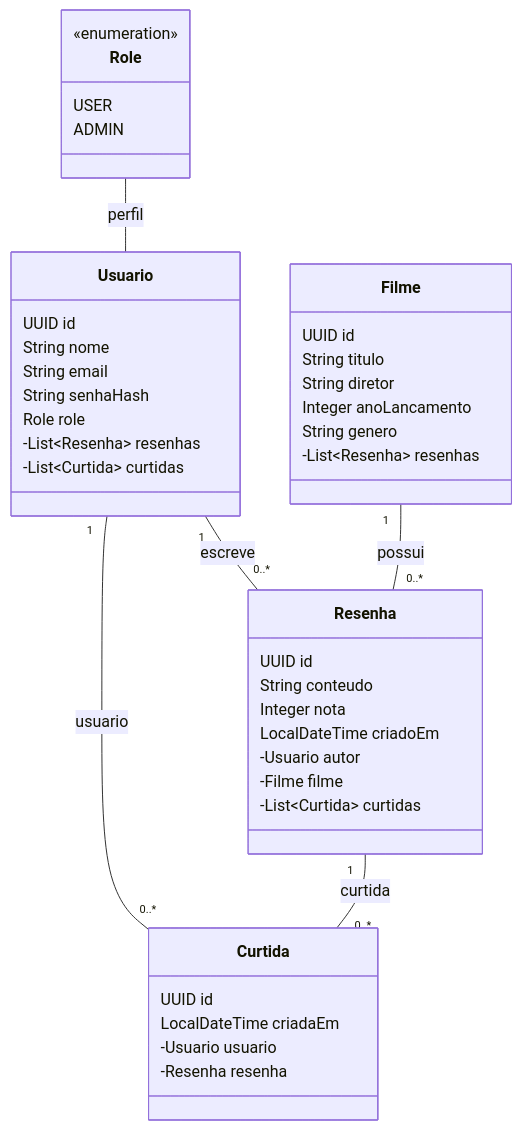
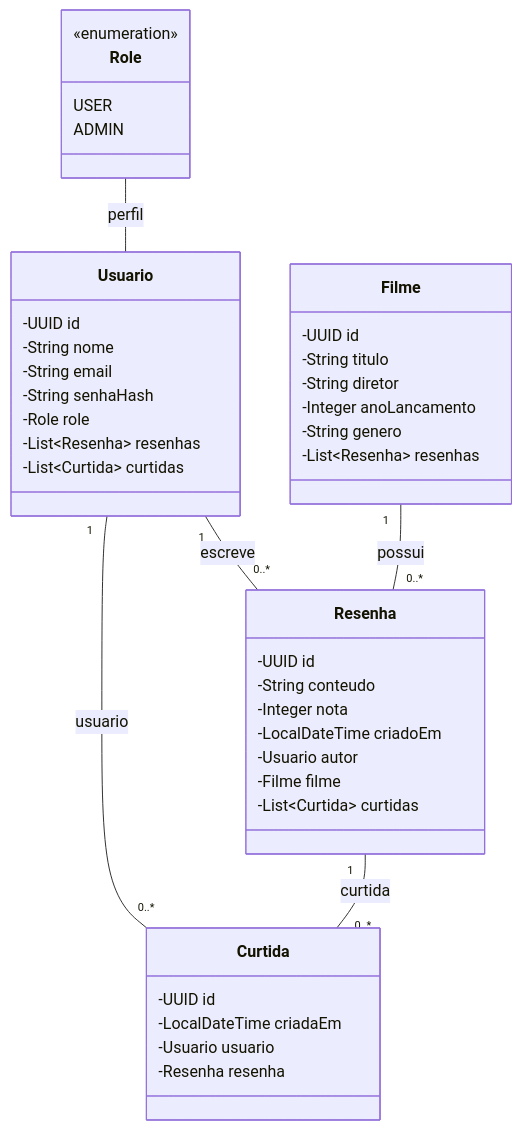
Before and after one commit to Kelvin-de-Oliveira/filme-note: the diagram in README.md, drawn with Mermaid.

Commit message:
docs: arrumando diagrama de classes

````diff
--- a/README.md
+++ b/README.md
@@ -11,50 +11,50 @@
 ```mermaid
 classDiagram
     class Usuario {
-        UUID id
-        String nome
-        String email
-        String senhaHash
-        Role role
+        -UUID id
+        -String nome
+        -String email
+        -String senhaHash
+        -Role role
         -List~Resenha~ resenhas
         -List~Curtida~ curtidas
     }
 
     class Filme {
-        UUID id
-        String titulo
-        String diretor
-        Integer anoLancamento
-        String genero
+        -UUID id
+        -String titulo
+        -String diretor
+        -Integer anoLancamento
+        -String genero
         -List~Resenha~ resenhas
     }
 
     class Resenha {
-        UUID id
-        String conteudo
-        Integer nota
-        LocalDateTime criadoEm
+        -UUID id
+        -String conteudo
+        -Integer nota
+        -LocalDateTime criadoEm
         -Usuario autor
         -Filme filme
         -List~Curtida~ curtidas
     }
 
     class Curtida {
-        UUID id
-        LocalDateTime criadaEm
+        -UUID id
+        -LocalDateTime criadaEm
         -Usuario usuario
         -Resenha resenha
     }
 
     class Role {
         <<enumeration>>
         USER
         ADMIN
     }
 
     Usuario "1" -- "0..*" Resenha : escreve
     Usuario "1" -- "0..*" Curtida : usuario
     Filme "1" -- "0..*" Resenha : possui
     Resenha "1" -- "0..*" Curtida : curtida
     Role  --  Usuario : perfil
 ```
````
